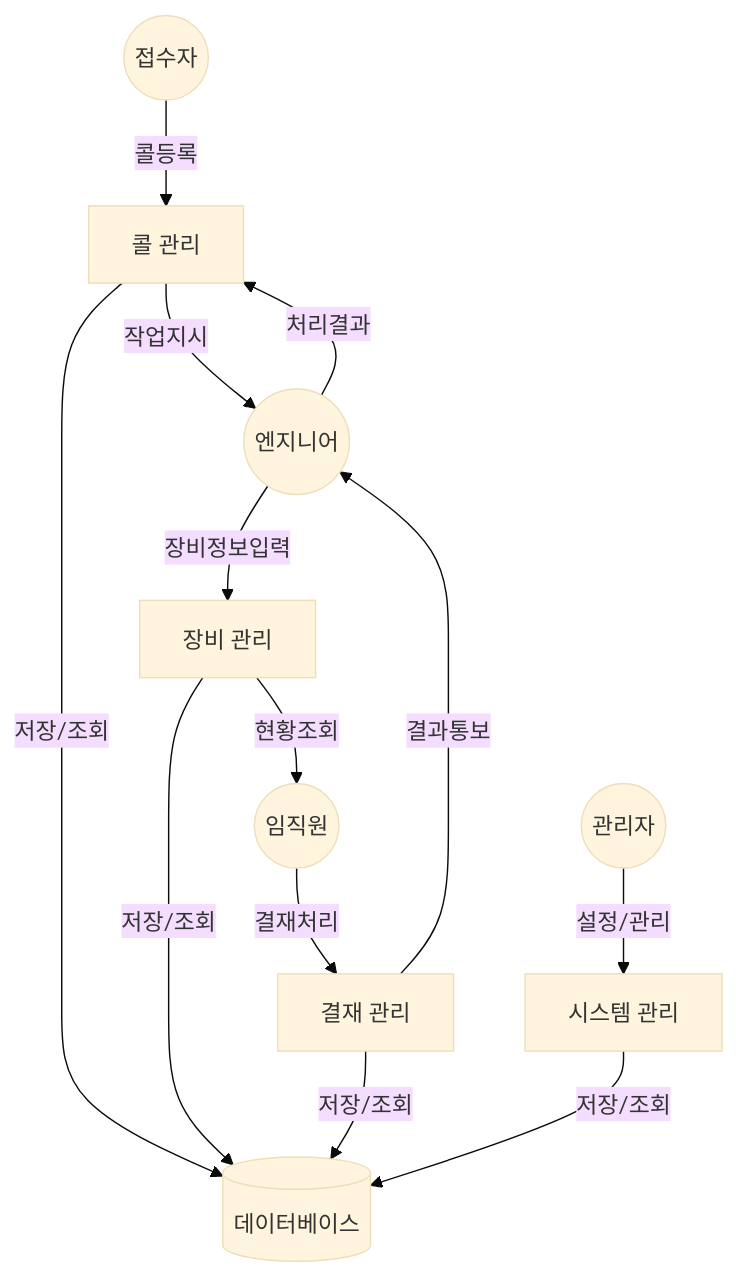
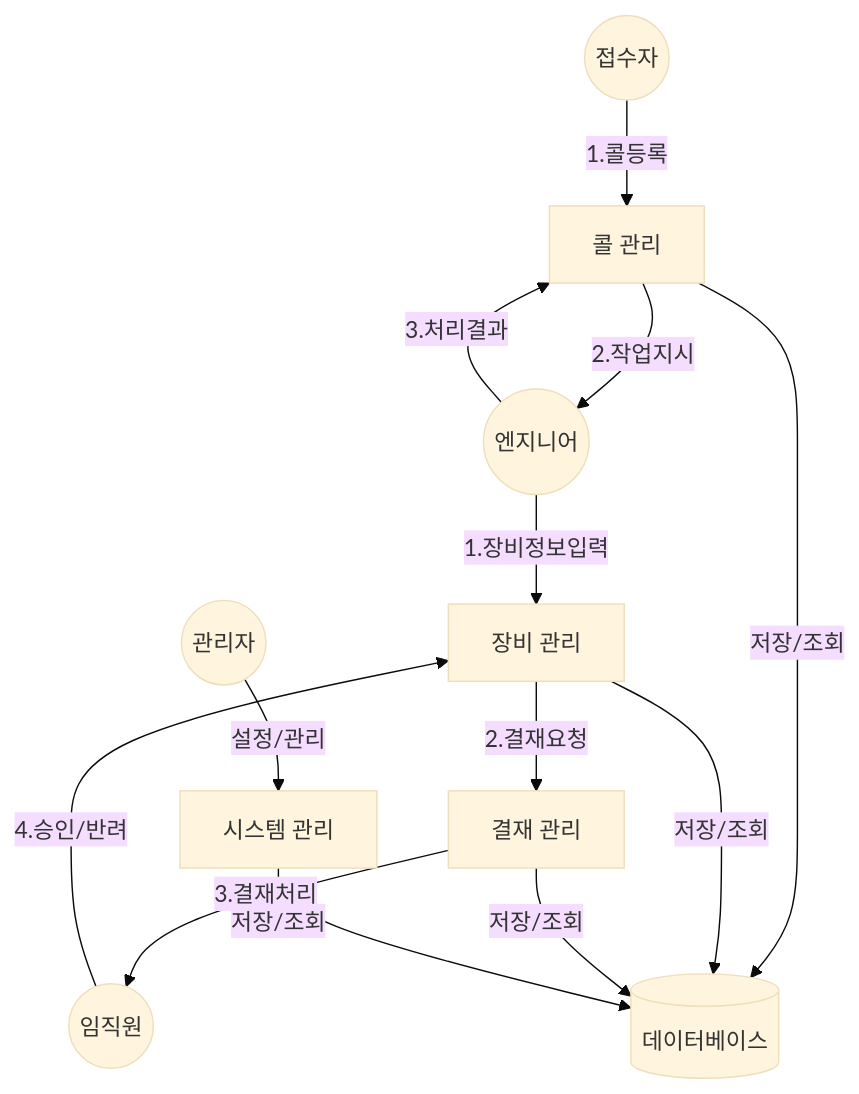
The second of 4 diagrams in docs/architecture/dfd.md (daekyung23/back-end), drawn with Mermaid (base theme) before and after one commit.

````diff
--- a/docs/architecture/dfd.md
+++ b/docs/architecture/dfd.md
@@ -26,31 +26,30 @@
 ```mermaid
 flowchart TD
     Receiver((접수자))
     Engineer((엔지니어))
     Employees((임직원))
     Admin((관리자))
     
     DB[(데이터베이스)]
     
     Call[콜 관리]
     Device[장비 관리]
     Approval[결재 관리]
     System[시스템 관리]
     
-    Receiver -->|콜등록| Call
-    Call -->|작업지시| Engineer
-    Engineer -->|처리결과| Call
+    Receiver -->|1.콜등록| Call
+    Call -->|2.작업지시| Engineer
+    Engineer -->|3.처리결과| Call
     
-    Engineer -->|장비정보입력| Device
-    Device -->|현황조회| Employees
-    
-    Employees -->|결재처리| Approval
-    Approval -->|결과통보| Engineer
+    Engineer -->|1.장비정보입력| Device
+    Device -->|2.결재요청| Approval
+    Approval -->|3.결재처리| Employees
+    Employees -->|4.승인/반려| Device
     
     Admin -->|설정/관리| System
     
     Call -->|저장/조회| DB
     Device -->|저장/조회| DB
     Approval -->|저장/조회| DB
     System -->|저장/조회| DB
 ```
````
